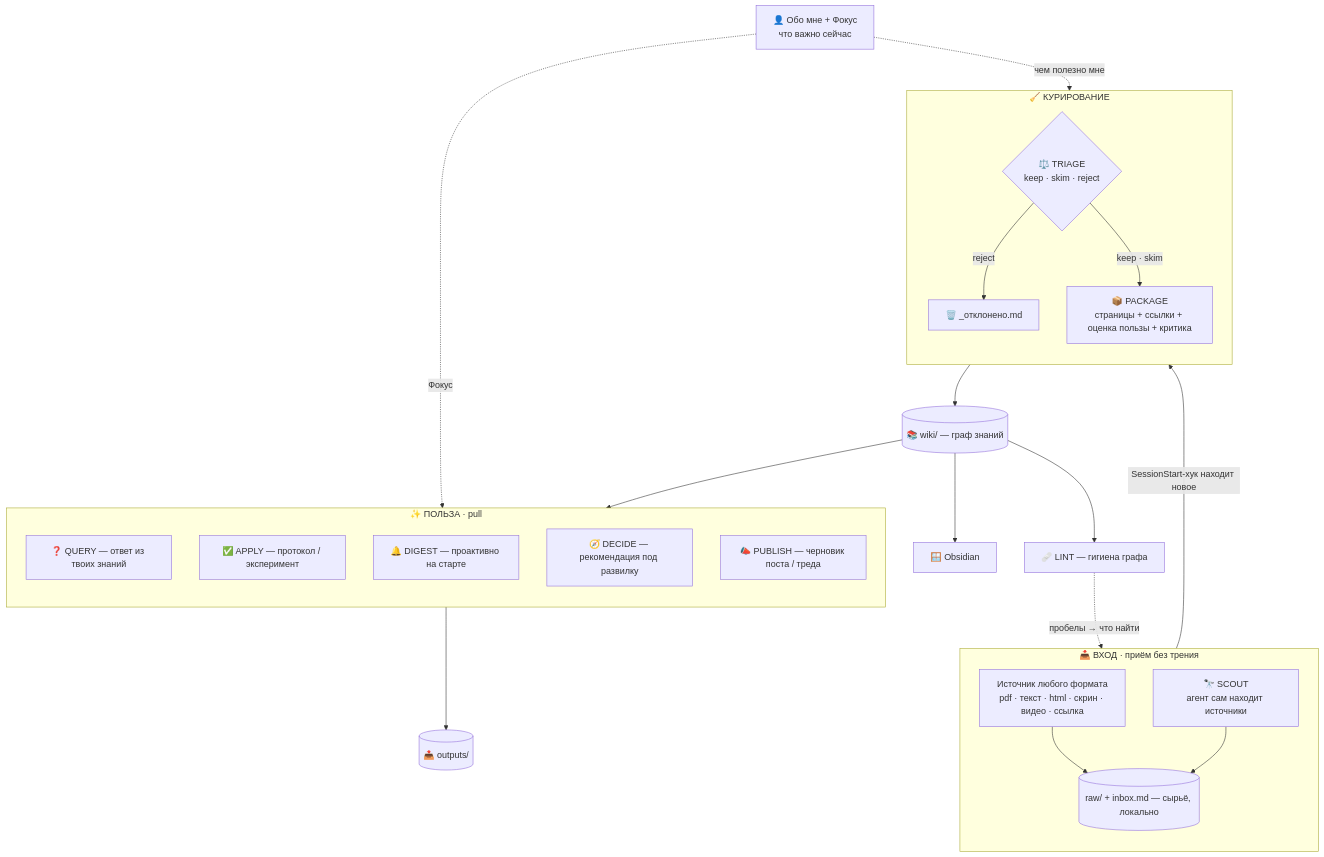
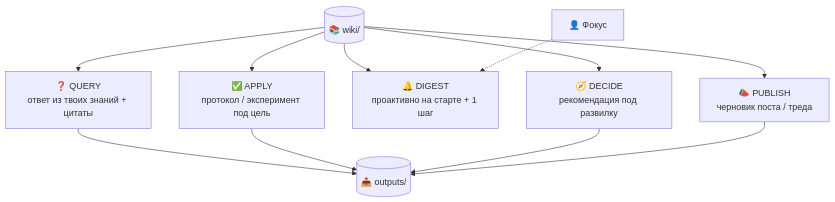
Before and after one commit to cryptoyoginya/second-brain: the third of 3 diagrams in README.md, drawn with Mermaid. The commit also changed other lines of this file, not shown here.

Commit message:
docs: README — разбить диаграмму на общую картину + детали в <details>
Общий граф (LR) виден сразу; курирование и payoff — в сворачиваемых блоках, чтобы не перегружать.

````diff
--- a/README.md
+++ b/README.md
@@ -43,45 +73,13 @@
 ```mermaid
 flowchart TD
-    subgraph IN["📥 ВХОД · приём без трения"]
-        direction TB
-        SRC["Источник любого формата<br/>pdf · текст · html · скрин · видео · ссылка"]
-        SCOUT["🔭 SCOUT<br/>агент сам находит источники"]
-        RAW[("raw/ + inbox.md — сырьё, локально")]
-        SRC --> RAW
-        SCOUT --> RAW
-    end
-
-    subgraph CUR["🧹 КУРИРОВАНИЕ"]
-        direction TB
-        TRIAGE{"⚖️ TRIAGE<br/>keep · skim · reject"}
-        PACKAGE["📦 PACKAGE<br/>страницы + ссылки + оценка пользы + критика"]
-        REJECT["🗑️ _отклонено.md"]
-        TRIAGE -->|reject| REJECT
-        TRIAGE -->|"keep · skim"| PACKAGE
-    end
-
-    subgraph USE["✨ ПОЛЬЗА · pull"]
-        direction TB
-        QUERY["❓ QUERY — ответ из твоих знаний"]
-        APPLY["✅ APPLY — протокол / эксперимент"]
-        DIGEST["🔔 DIGEST — проактивно на старте"]
-        DECIDE["🧭 DECIDE — рекомендация под развилку"]
-        PUBLISH["📣 PUBLISH — черновик поста / треда"]
-    end
-
-    PROFILE["👤 Обо мне + Фокус<br/>что важно сейчас"]
-    WIKI[("📚 wiki/ — граф знаний")]
-    OBS["🪟 Obsidian"]
-    OUT[("📤 outputs/")]
-    LINT["🩹 LINT — гигиена графа"]
-
-    RAW -->|"SessionStart-хук находит новое"| TRIAGE
-    PROFILE -.->|"чем полезно мне"| TRIAGE
-    PACKAGE --> WIKI
-    WIKI --> OBS
-    WIKI --> USE
-    PROFILE -.->|"Фокус"| DIGEST
-    USE --> OUT
-    WIKI --> LINT
-    LINT -.->|"пробелы → что найти"| SCOUT
+    WIKI[("📚 wiki/")] --> QUERY["❓ QUERY<br/>ответ из твоих знаний + цитаты"]
+    WIKI --> APPLY["✅ APPLY<br/>протокол / эксперимент под цель"]
+    WIKI --> DIGEST["🔔 DIGEST<br/>проактивно на старте + 1 шаг"]
+    WIKI --> DECIDE["🧭 DECIDE<br/>рекомендация под развилку"]
+    WIKI --> PUBLISH["📣 PUBLISH<br/>черновик поста / треда"]
+    PROFILE["👤 Фокус"] -.-> DIGEST
+    QUERY --> OUT[("📤 outputs/")]
+    APPLY --> OUT
+    DECIDE --> OUT
+    PUBLISH --> OUT
 ```
````
